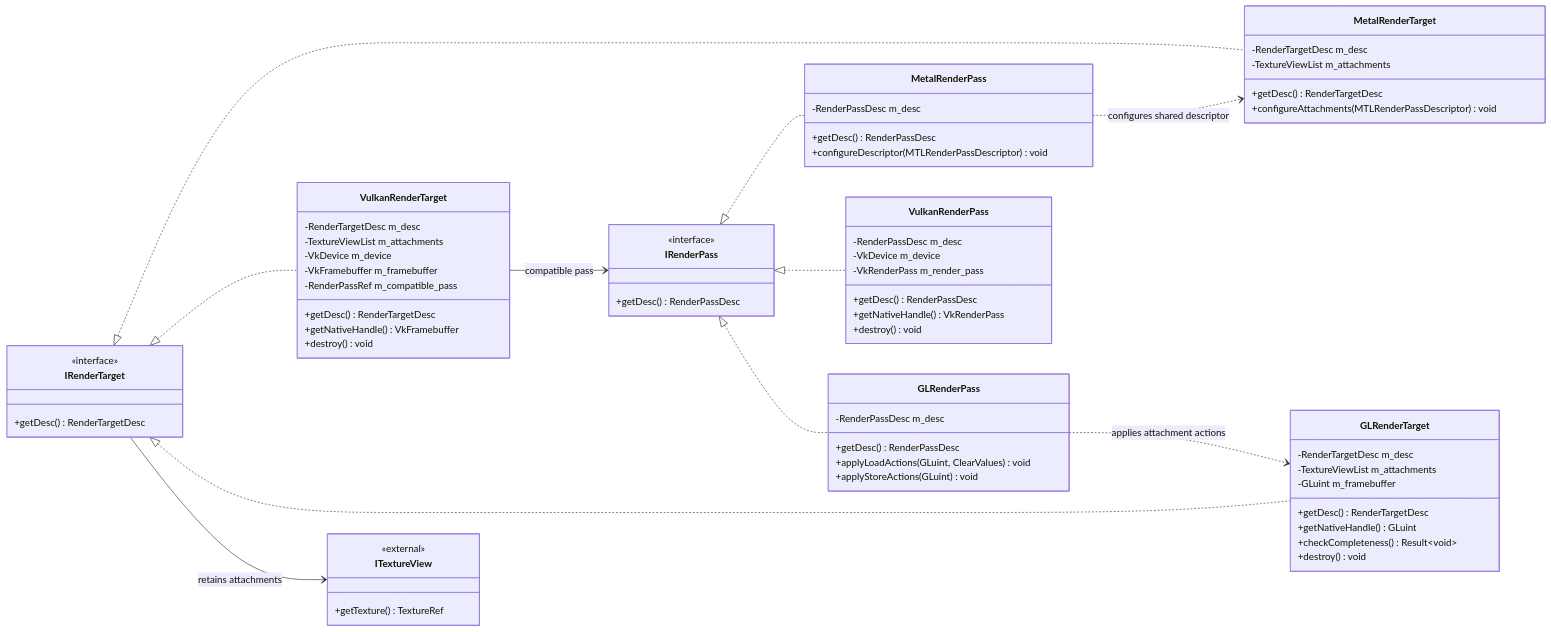
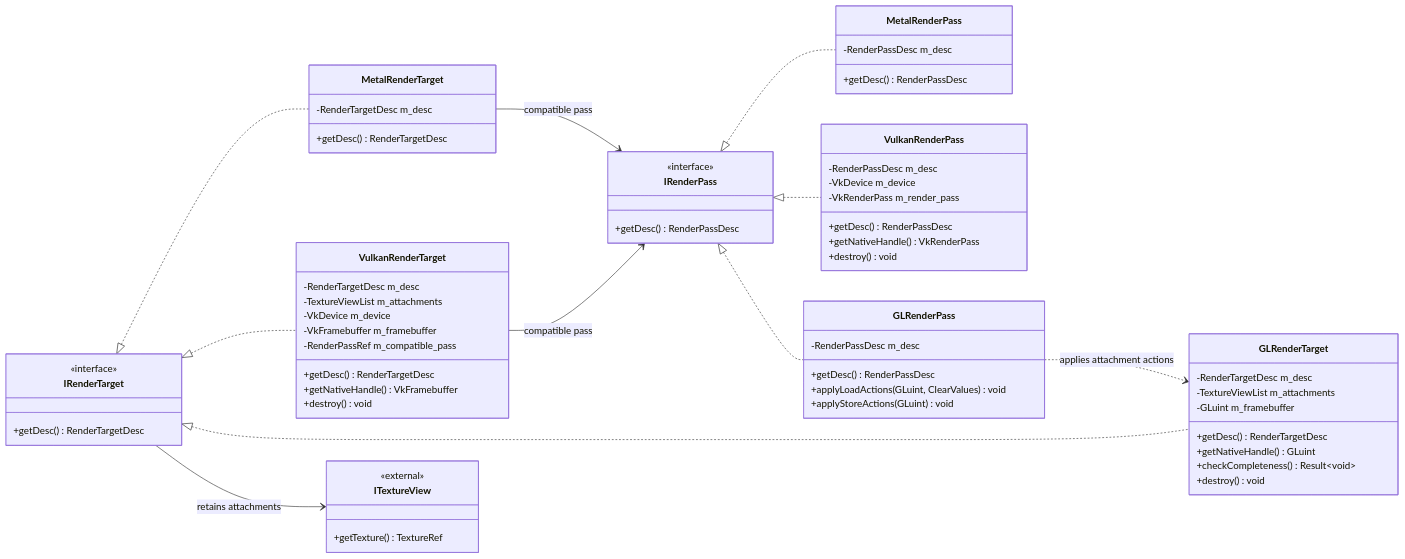
Before and after one commit to oyanymous/mango: the diagram in docs/diagrams/RHI_RENDER_TARGETS.mmd, drawn with Mermaid. The commit also changed 14 other files, not shown here.

```diff
--- a/docs/diagrams/RHI_RENDER_TARGETS.mmd
+++ b/docs/diagrams/RHI_RENDER_TARGETS.mmd
@@ -1,72 +1,70 @@
 classDiagram
     direction LR
     %% Proposed design, not source-verified. Native type names are conceptual.
     %% Interfaces declare behavior; concrete backend classes hold implementation state.
     %% Render passes and render targets
     %% External references mirror the public APIs in their owning RHI files.
     class IRenderPass {
         <<interface>>
         +getDesc() RenderPassDesc
     }
     class MetalRenderPass {
         -RenderPassDesc m_desc
         +getDesc() RenderPassDesc
-        +configureDescriptor(MTLRenderPassDescriptor) void
     }
     class VulkanRenderPass {
         -RenderPassDesc m_desc
         -VkDevice m_device
         -VkRenderPass m_render_pass
         +getDesc() RenderPassDesc
         +getNativeHandle() VkRenderPass
         +destroy() void
     }
     class GLRenderPass {
         -RenderPassDesc m_desc
         +getDesc() RenderPassDesc
         +applyLoadActions(GLuint, ClearValues) void
         +applyStoreActions(GLuint) void
     }
     class IRenderTarget {
         <<interface>>
         +getDesc() RenderTargetDesc
     }
     class MetalRenderTarget {
         -RenderTargetDesc m_desc
-        -TextureViewList m_attachments
         +getDesc() RenderTargetDesc
-        +configureAttachments(MTLRenderPassDescriptor) void
     }
     class VulkanRenderTarget {
         -RenderTargetDesc m_desc
         -TextureViewList m_attachments
         -VkDevice m_device
         -VkFramebuffer m_framebuffer
         -RenderPassRef m_compatible_pass
         +getDesc() RenderTargetDesc
         +getNativeHandle() VkFramebuffer
         +destroy() void
     }
     class GLRenderTarget {
         -RenderTargetDesc m_desc
         -TextureViewList m_attachments
         -GLuint m_framebuffer
         +getDesc() RenderTargetDesc
         +getNativeHandle() GLuint
         +checkCompleteness() Result~void~
         +destroy() void
     }
     class ITextureView {
         <<external>>
         +getTexture() TextureRef
     }
     IRenderPass <|.. MetalRenderPass
     IRenderPass <|.. VulkanRenderPass
     IRenderPass <|.. GLRenderPass
     IRenderTarget <|.. MetalRenderTarget
     IRenderTarget <|.. VulkanRenderTarget
     IRenderTarget <|.. GLRenderTarget
     IRenderTarget --> ITextureView : retains attachments
     VulkanRenderTarget --> IRenderPass : compatible pass
-    MetalRenderPass ..> MetalRenderTarget : configures shared descriptor
+    MetalRenderTarget --> IRenderPass : compatible pass
+    %% Metal has no pass or framebuffer object: beginRender combines both into an MTLRenderPassDescriptor.
     GLRenderPass ..> GLRenderTarget : applies attachment actions
```
